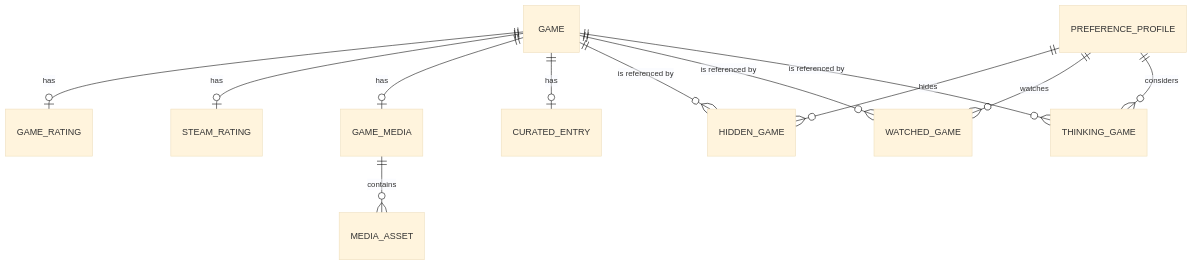
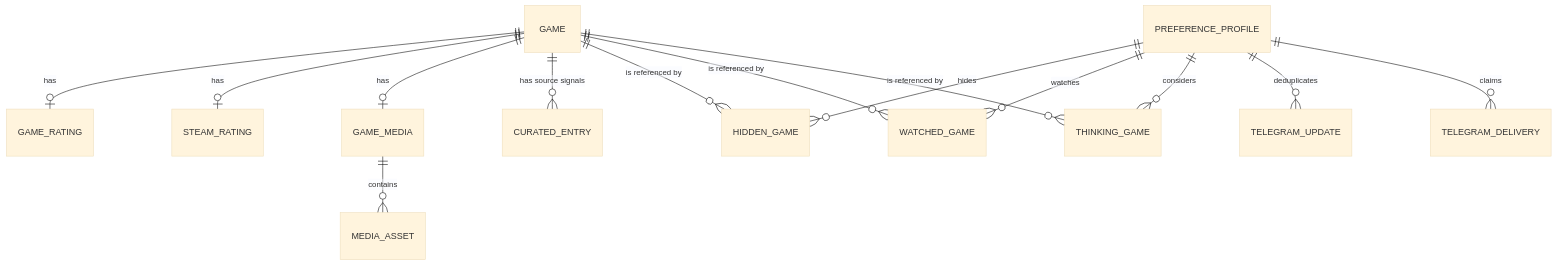
Before and after one commit to vozer/nintendo-deals: the diagram in docs/entity_model.md, drawn with Mermaid (base theme). The commit also changed other lines of this file and 75 other files, not shown here.

````diff
--- a/docs/entity_model.md
+++ b/docs/entity_model.md
@@ -5,14 +5,16 @@
 ```mermaid
 erDiagram
     GAME ||--o| GAME_RATING : "has"
     GAME ||--o| STEAM_RATING : "has"
     GAME ||--o| GAME_MEDIA : "has"
     GAME_MEDIA ||--o{ MEDIA_ASSET : "contains"
-    GAME ||--o| CURATED_ENTRY : "has"
+    GAME ||--o{ CURATED_ENTRY : "has source signals"
     PREFERENCE_PROFILE ||--o{ HIDDEN_GAME : "hides"
     PREFERENCE_PROFILE ||--o{ WATCHED_GAME : "watches"
     PREFERENCE_PROFILE ||--o{ THINKING_GAME : "considers"
     GAME ||--o{ HIDDEN_GAME : "is referenced by"
     GAME ||--o{ WATCHED_GAME : "is referenced by"
     GAME ||--o{ THINKING_GAME : "is referenced by"
+    PREFERENCE_PROFILE ||--o{ TELEGRAM_UPDATE : "deduplicates"
+    PREFERENCE_PROFILE ||--o{ TELEGRAM_DELIVERY : "claims"
 ```
````
